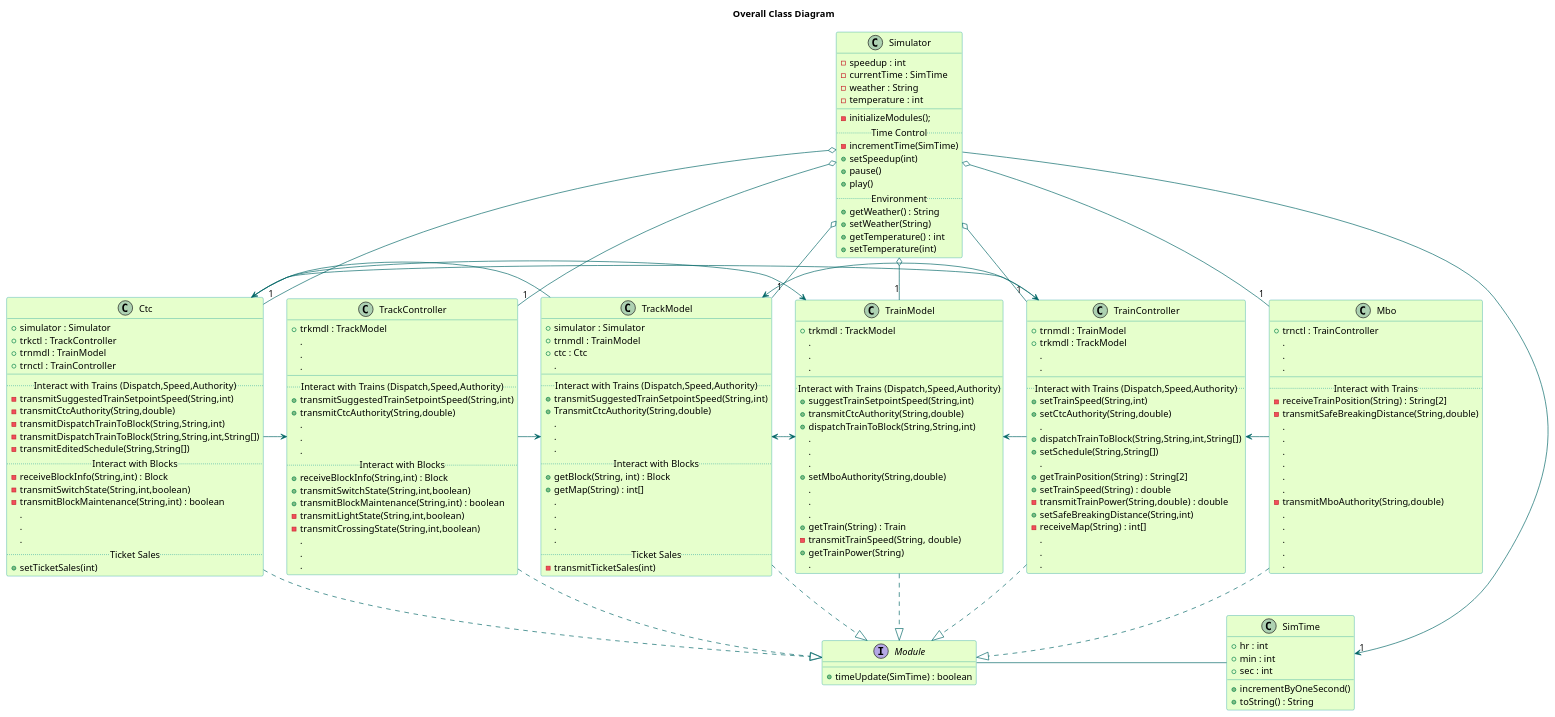
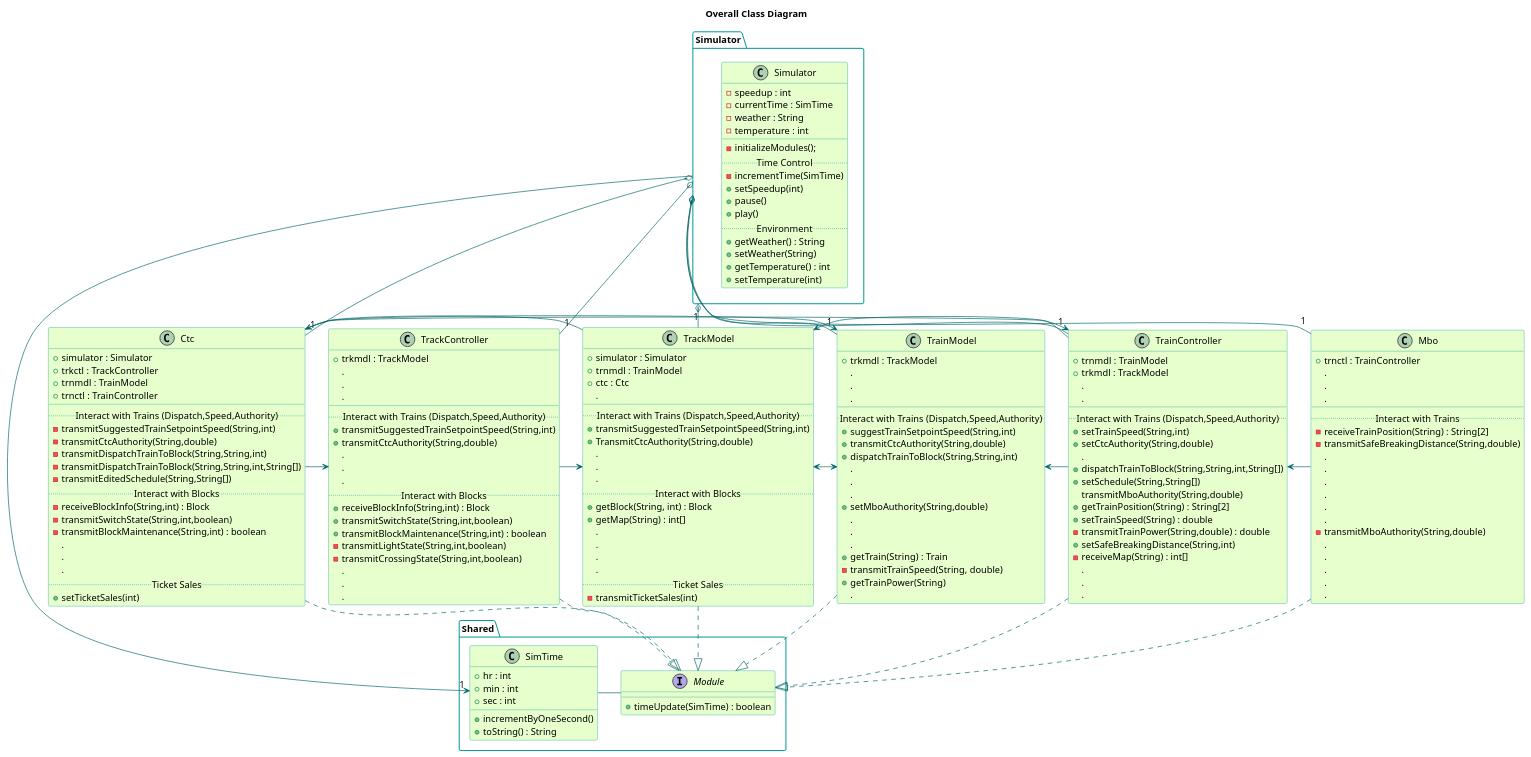
Before and after one commit to kevingilboy/COE1186: the diagram in TrainSystem/yUML/Class Diagrams/OverallClassDiagram.pu, drawn with PlantUML. The commit also changed 1 other file, not shown here.

```diff
--- a/TrainSystem/yUML/Class Diagrams/OverallClassDiagram.pu
+++ b/TrainSystem/yUML/Class Diagrams/OverallClassDiagram.pu
@@ -8,33 +8,37 @@
 skinparam packageBorderCOlor  #049595
 skinparam arrowColor #006666
 
-class Simulator{
-  -speedup : int
-  -currentTime : SimTime
-  -weather : String
-  -temperature : int
-  __
-  -initializeModules();
-  ..Time Control..
-  -incrementTime(SimTime)
-  +setSpeedup(int)
-  +pause()
-  +play()
-  ..Environment..
-  +getWeather() : String
-  +setWeather(String)
-  +getTemperature() : int
-  +setTemperature(int)
+package Simulator{
+  class Simulator{
+    -speedup : int
+    -currentTime : SimTime
+    -weather : String
+    -temperature : int
+    __
+    -initializeModules();
+    ..Time Control..
+    -incrementTime(SimTime)
+    +setSpeedup(int)
+    +pause()
+    +play()
+    ..Environment..
+    +getWeather() : String
+    +setWeather(String)
+    +getTemperature() : int
+    +setTemperature(int)
+  }
 }
-class SimTime{
-  +hr : int
-  +min : int
-  +sec : int
-  +incrementByOneSecond()
-  +toString() : String
-}
-interface Module{
-  +timeUpdate(SimTime) : boolean
+Package Shared{
+  class SimTime{
+    +hr : int
+    +min : int
+    +sec : int
+    +incrementByOneSecond()
+    +toString() : String
+  }
+  interface Module{
+    +timeUpdate(SimTime) : boolean
+  }
 }
 class Ctc{
   +simulator : Simulator
@@ -136,7 +140,7 @@
   .
   +dispatchTrainToBlock(String,String,int,String[])
   +setSchedule(String,String[])
-  .
+  transmitMboAuthority(String,double)
   +getTrainPosition(String) : String[2]
   +setTrainSpeed(String) : double
   -transmitTrainPower(String,double) : double
@@ -172,11 +176,11 @@
 Simulator -> "1" SimTime
 
 Simulator o--"1" Ctc
-TrackController "1"--o Simulator
-TrackModel "1"--o Simulator
-TrainModel "1"--o Simulator
-TrainController "1"--o Simulator
-Mbo "1"--o Simulator
+Simulator o--"1" TrackController
+Simulator o--"1" TrackModel
+Simulator o--"1" TrainModel
+Simulator o--"1" TrainController
+Simulator o--"1" Mbo
 
 Ctc -.|> Module
 TrackController -.|> Module
```
